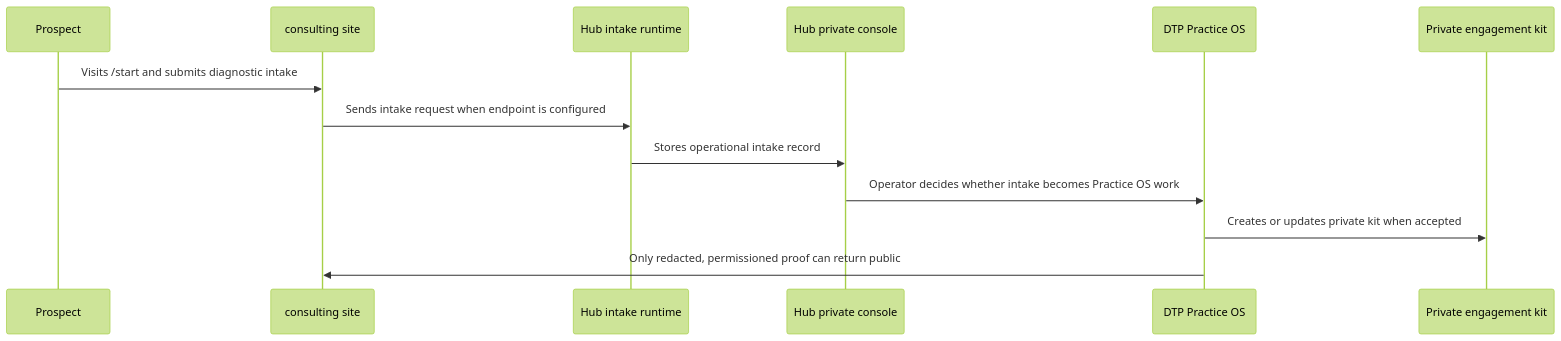
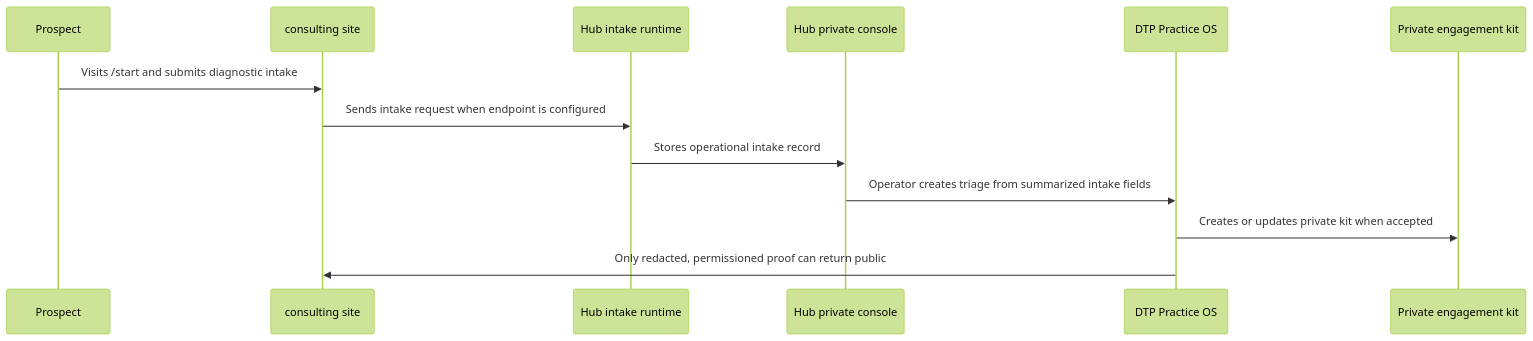
Before and after one commit to Toni-Montez-Consulting/diagnose-to-plan: the third of 6 diagrams in docs/PRACTICE_SYSTEM_ARCHITECTURE.md, drawn with Mermaid (forest theme). The commit also changed other lines of this file and 8 other files, not shown here.

Commit message:
docs: add live intake operator workflow (#60)

````diff
--- a/docs/PRACTICE_SYSTEM_ARCHITECTURE.md
+++ b/docs/PRACTICE_SYSTEM_ARCHITECTURE.md
@@ -120,16 +120,16 @@
 ```mermaid
 sequenceDiagram
     participant Prospect
     participant Consulting as consulting site
     participant Hub as Hub intake runtime
     participant Console as Hub private console
     participant DTP as DTP Practice OS
     participant Kit as Private engagement kit
 
     Prospect->>Consulting: Visits /start and submits diagnostic intake
     Consulting->>Hub: Sends intake request when endpoint is configured
     Hub->>Console: Stores operational intake record
-    Console->>DTP: Operator decides whether intake becomes Practice OS work
+    Console->>DTP: Operator creates triage from summarized intake fields
     DTP->>Kit: Creates or updates private kit when accepted
     DTP->>Consulting: Only redacted, permissioned proof can return public
 ```
````
